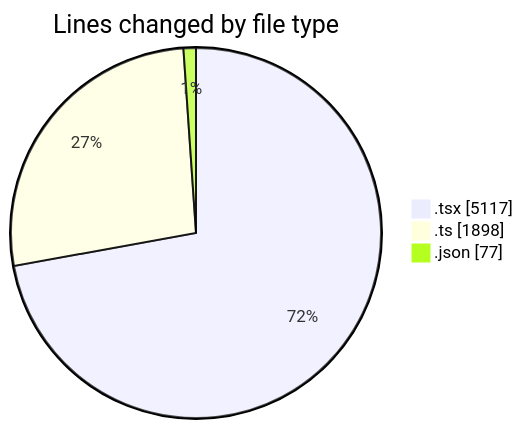
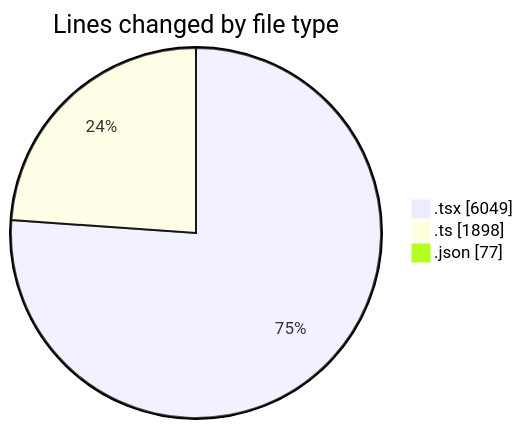
One commit to nxtqubesakshisongat/code-tracking changed the first of 2 diagrams in 2026-03-22/nxtqube_webapp/README.md. Above: the diagram before and after it, drawn with Mermaid. The commit also changed other lines of this file and 1 other file, not shown here.

````diff
--- a/2026-03-22/nxtqube_webapp/README.md
+++ b/2026-03-22/nxtqube_webapp/README.md
@@ -42,7 +44,7 @@
 ```mermaid
 pie showData
 title Lines changed by file type
-".tsx" : 5117
+".tsx" : 6049
 ".ts" : 1898
 ".json" : 77
 ```
````
